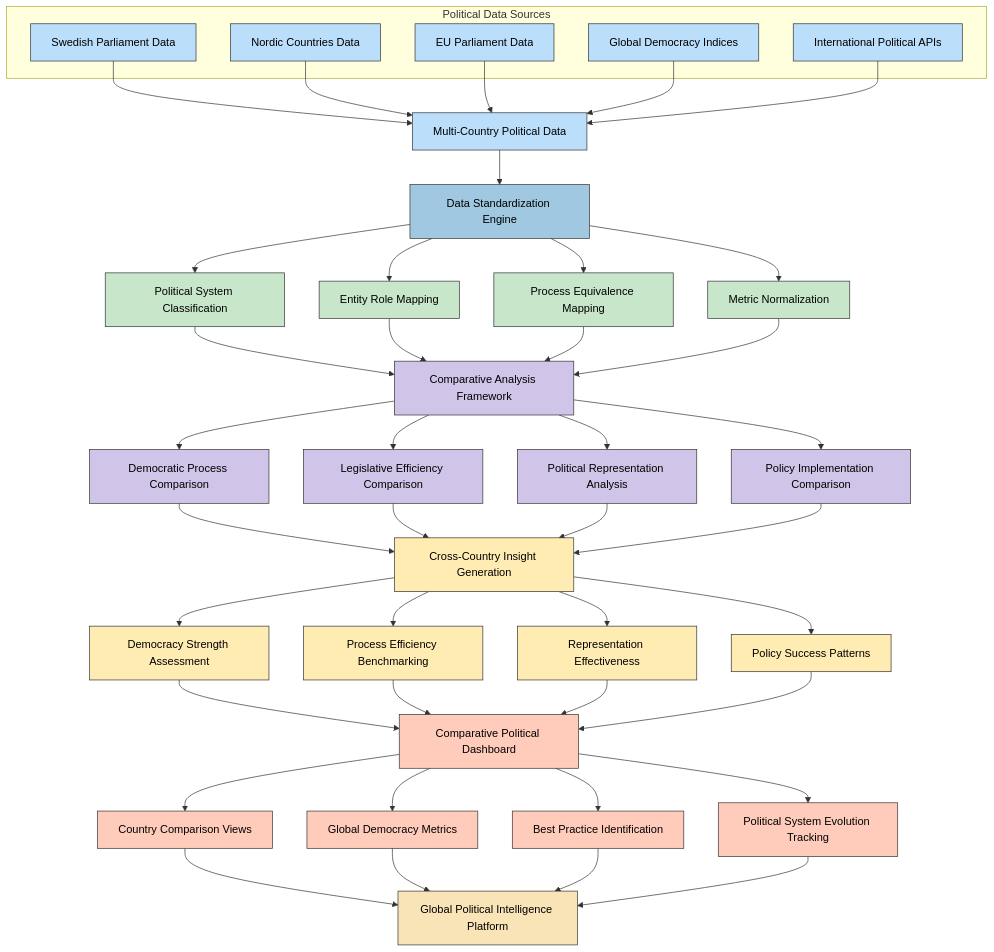
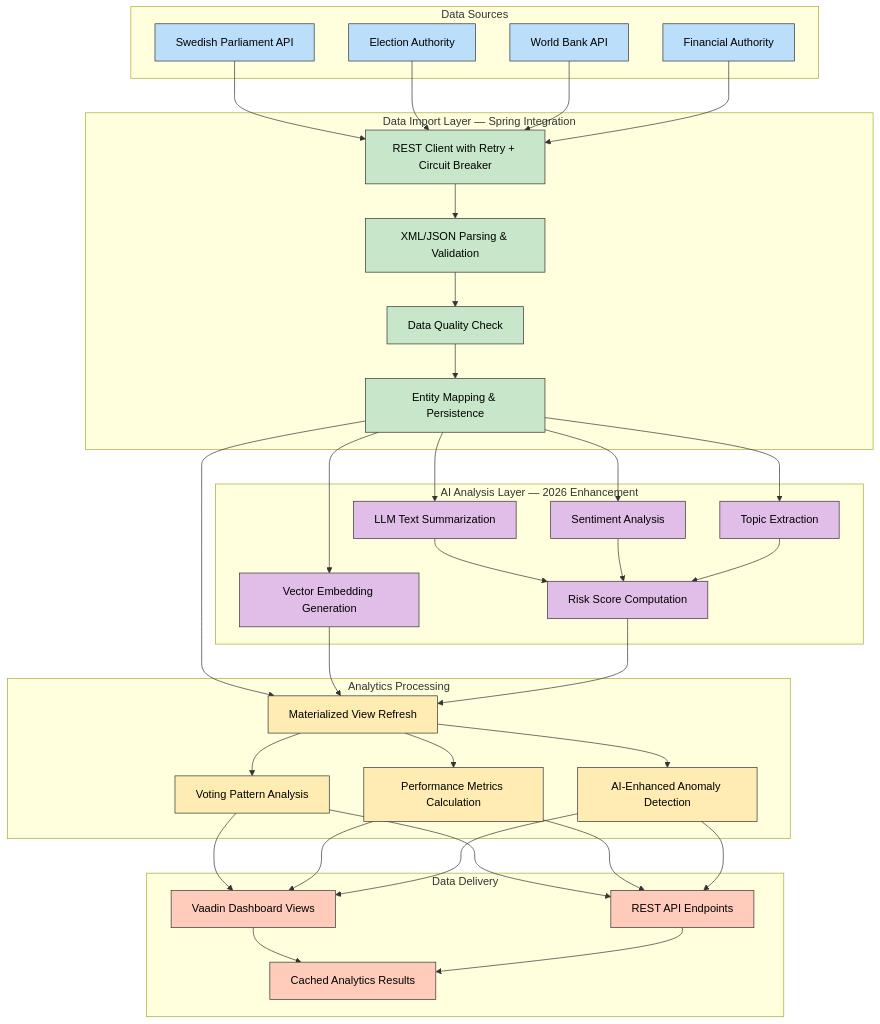
The first of 7 diagrams in FUTURE_FLOWCHART.md (Hack23/cia), drawn with Mermaid before and after one commit. The commit also changed other lines of this file and 5 other files, not shown here.

Commit message:
docs: update FUTURE_ARCHITECTURE, FUTURE_DATA_MODEL, FUTURE_FLOWCHART, FUTURE_MINDMAP, FUTURE_STATEDIAGRAM, FUTURE_SWOT with 2026-2037 roadmap

````diff
--- a/FUTURE_FLOWCHART.md
+++ b/FUTURE_FLOWCHART.md
@@ -293,58 +39,64 @@
 ```mermaid
-flowchart TD
-    A[Multi-Country Political Data] --> B[Data Standardization Engine]
-    
-    subgraph "Political Data Sources"
-        A1[Swedish Parliament Data]
-        A2[Nordic Countries Data]
-        A3[EU Parliament Data]
-        A4[Global Democracy Indices]
-        A5[International Political APIs]
+flowchart TB
+    subgraph "Data Sources"
+        S1[Swedish Parliament API]
+        S2[Election Authority]
+        S3[World Bank API]
+        S4[Financial Authority]
     end
-    
-    A1 & A2 & A3 & A4 & A5 --> A
-    
-    B --> C1[Political System Classification]
-    B --> C2[Entity Role Mapping]
-    B --> C3[Process Equivalence Mapping]
-    B --> C4[Metric Normalization]
-    
-    C1 & C2 & C3 & C4 --> D[Comparative Analysis Framework]
-    
-    D --> E1[Democratic Process Comparison]
-    D --> E2[Legislative Efficiency Comparison]
-    D --> E3[Political Representation Analysis]
-    D --> E4[Policy Implementation Comparison]
-    
-    E1 & E2 & E3 & E4 --> F[Cross-Country Insight Generation]
-    
-    F --> G1[Democracy Strength Assessment]
-    F --> G2[Process Efficiency Benchmarking]
-    F --> G3[Representation Effectiveness]
-    F --> G4[Policy Success Patterns]
-    
-    G1 & G2 & G3 & G4 --> H[Comparative Political Dashboard]
-    
-    H --> I1[Country Comparison Views]
-    H --> I2[Global Democracy Metrics]
-    H --> I3[Best Practice Identification]
-    H --> I4[Political System Evolution Tracking]
-    
-    I1 & I2 & I3 & I4 --> J[Global Political Intelligence Platform]
-    
-    classDef sources fill:#bbdefb,stroke:#333,stroke-width:1px,color:black
-    classDef standardization fill:#a0c8e0,stroke:#333,stroke-width:1px,color:black
-    classDef mapping fill:#c8e6c9,stroke:#333,stroke-width:1px,color:black
-    classDef analysis fill:#d1c4e9,stroke:#333,stroke-width:1px,color:black
-    classDef insights fill:#ffecb3,stroke:#333,stroke-width:1px,color:black
-    classDef dashboard fill:#ffccbc,stroke:#333,stroke-width:1px,color:black
-    classDef platform fill:#f9e4b7,stroke:#333,stroke-width:1px,color:black
-    
-    class A,A1,A2,A3,A4,A5 sources
-    class B standardization
-    class C1,C2,C3,C4 mapping
-    class D,E1,E2,E3,E4 analysis
-    class F,G1,G2,G3,G4 insights
-    class H,I1,I2,I3,I4 dashboard
-    class J platform
+
+    subgraph "Data Import Layer — Spring Integration"
+        I1[REST Client with Retry + Circuit Breaker]
+        I2[XML/JSON Parsing & Validation]
+        I3[Data Quality Check]
+        I4[Entity Mapping & Persistence]
+    end
+
+    subgraph "AI Analysis Layer — 2026 Enhancement"
+        A1[LLM Text Summarization]
+        A2[Sentiment Analysis]
+        A3[Topic Extraction]
+        A4[Vector Embedding Generation]
+        A5[Risk Score Computation]
+    end
+
+    subgraph "Analytics Processing"
+        P1[Materialized View Refresh]
+        P2[Voting Pattern Analysis]
+        P3[Performance Metrics Calculation]
+        P4[AI-Enhanced Anomaly Detection]
+    end
+
+    subgraph "Data Delivery"
+        D1[Vaadin Dashboard Views]
+        D2[REST API Endpoints]
+        D3[Cached Analytics Results]
+    end
+
+    S1 & S2 & S3 & S4 --> I1
+    I1 --> I2 --> I3 --> I4
+
+    I4 --> A1 & A2 & A3 & A4
+    A1 & A2 & A3 --> A5
+
+    I4 --> P1
+    A4 --> P1
+    A5 --> P1
+    P1 --> P2 & P3 & P4
+
+    P2 & P3 & P4 --> D1
+    P2 & P3 & P4 --> D2
+    D1 & D2 --> D3
+
+    classDef source fill:#bbdefb,stroke:#333,stroke-width:1px,color:black
+    classDef import fill:#c8e6c9,stroke:#333,stroke-width:1px,color:black
+    classDef ai fill:#e1bee7,stroke:#333,stroke-width:1px,color:black
+    classDef analytics fill:#ffecb3,stroke:#333,stroke-width:1px,color:black
+    classDef delivery fill:#ffccbc,stroke:#333,stroke-width:1px,color:black
+
+    class S1,S2,S3,S4 source
+    class I1,I2,I3,I4 import
+    class A1,A2,A3,A4,A5 ai
+    class P1,P2,P3,P4 analytics
+    class D1,D2,D3 delivery
 ```
````
